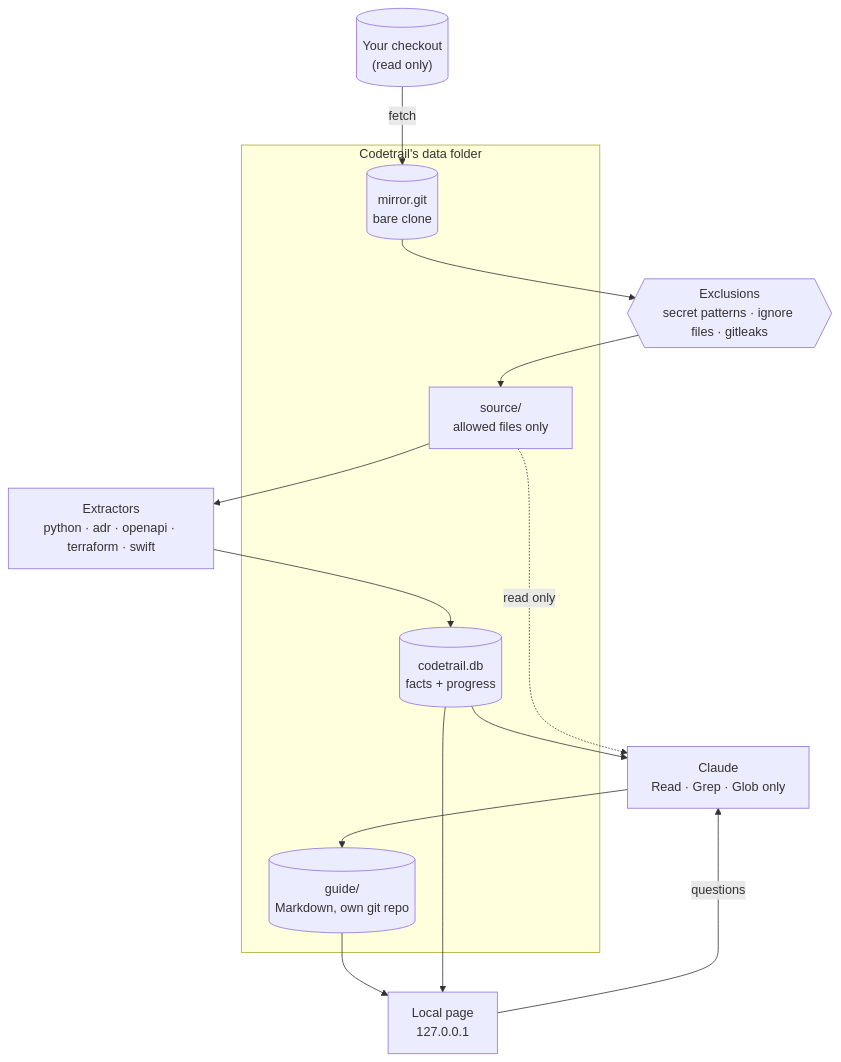
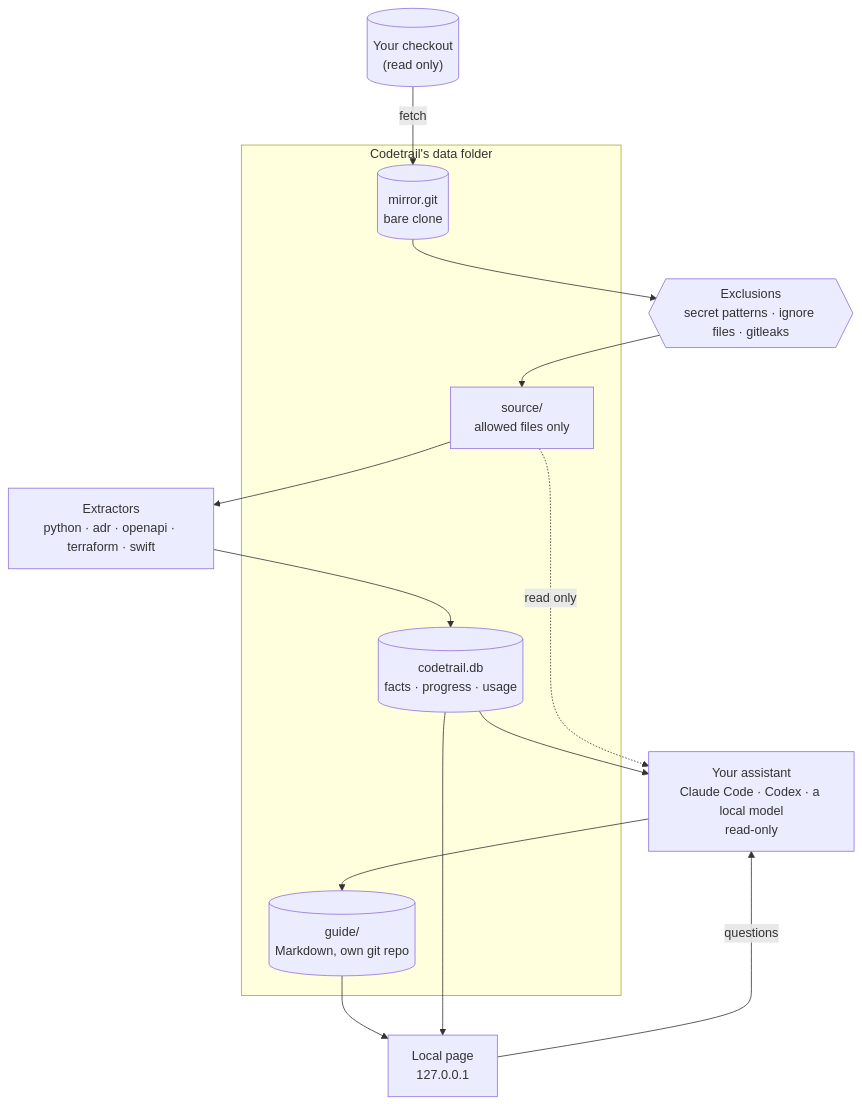
Before and after one commit to mohamed-abdelsattar92/codetrail: the first of 5 diagrams in README.md, drawn with Mermaid. The commit also changed other lines of this file and 7 other files, not shown here.

````diff
--- a/README.md
+++ b/README.md
@@ -57,24 +81,24 @@
 ```mermaid
 flowchart TB
     checkout[("Your checkout<br/>(read only)")]
     subgraph data["Codetrail's data folder"]
         mirror[("mirror.git<br/>bare clone")]
         source["source/<br/>allowed files only"]
-        db[("codetrail.db<br/>facts + progress")]
+        db[("codetrail.db<br/>facts · progress · usage")]
         guide[("guide/<br/>Markdown, own git repo")]
     end
     rules{{"Exclusions<br/>secret patterns · ignore files · gitleaks"}}
     extract["Extractors<br/>python · adr · openapi · terraform · swift"]
-    claude["Claude<br/>Read · Grep · Glob only"]
+    assistant["Your assistant<br/>Claude Code · Codex · a local model<br/>read-only"]
     page["Local page<br/>127.0.0.1"]
 
     checkout -- fetch --> mirror
     mirror --> rules --> source
     source --> extract --> db
-    db --> claude
-    source -. read only .-> claude
-    claude --> guide
+    db --> assistant
+    source -. read only .-> assistant
+    assistant --> guide
     guide --> page
     db --> page
-    page -- questions --> claude
+    page -- questions --> assistant
 ```
````
